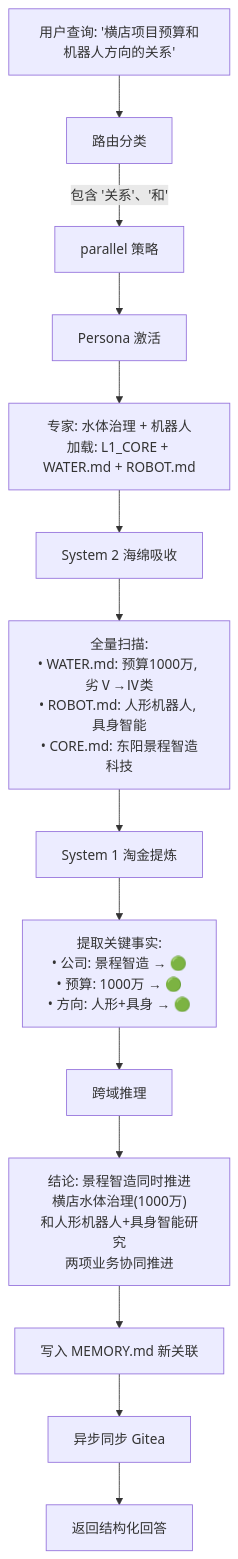
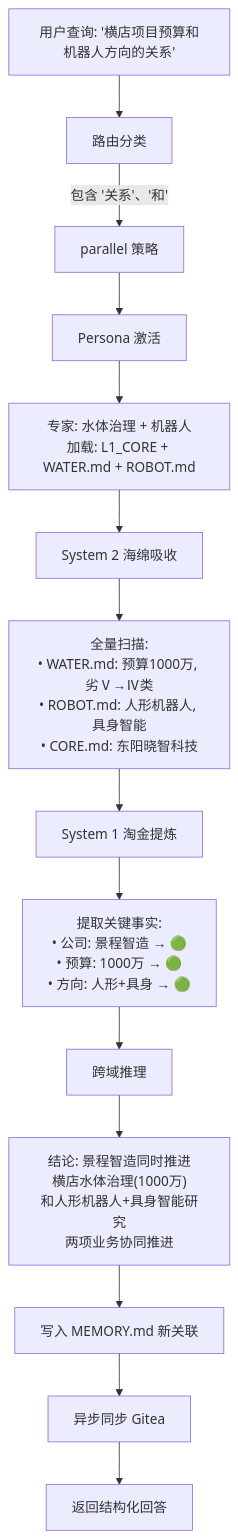
One commit to zjdyzww/multi-claw-subagents-memory-plugins changed diagram 14 of 30 in docs/系统设计文档_含Mermaid图表.md. Above: the diagram before and after it, drawn with Mermaid. The commit also changed 2 other files, not shown here.

Commit message:
[CONFIRMED][multi-claw][fact] rename: 东阳景程智造科技 → 东阳晓智科技
3 files updated: MEMORY.md, 系统设计文档, 学术论文
0 old references remaining

traceabilityId: rename-company

Author: Multi-Claw Memory System <multi-claw@memory.system>

````diff
--- a/docs/系统设计文档_含Mermaid图表.md
+++ b/docs/系统设计文档_含Mermaid图表.md
@@ -480,16 +480,16 @@
 ```mermaid
 flowchart TD
     A["用户查询: '横店项目预算和机器人方向的关系'"] --> B[路由分类]
     B -->|"包含 '关系'、'和'"| C[parallel 策略]
     C --> D[Persona 激活]
     D --> E["专家: 水体治理 + 机器人<br/>加载: L1_CORE + WATER.md + ROBOT.md"]
     E --> F[System 2 海绵吸收]
-    F --> G["全量扫描:<br/>• WATER.md: 预算1000万, 劣Ⅴ→Ⅳ类<br/>• ROBOT.md: 人形机器人, 具身智能<br/>• CORE.md: 东阳景程智造科技"]
+    F --> G["全量扫描:<br/>• WATER.md: 预算1000万, 劣Ⅴ→Ⅳ类<br/>• ROBOT.md: 人形机器人, 具身智能<br/>• CORE.md: 东阳晓智科技"]
     G --> H[System 1 淘金提炼]
     H --> I["提取关键事实:<br/>• 公司: 景程智造 → 🟢<br/>• 预算: 1000万 → 🟢<br/>• 方向: 人形+具身 → 🟢"]
     I --> J[跨域推理]
     J --> K["结论: 景程智造同时推进<br/>横店水体治理(1000万)<br/>和人形机器人+具身智能研究<br/>两项业务协同推进"]
     K --> L[写入 MEMORY.md 新关联]
     L --> M[异步同步 Gitea]
     M --> N[返回结构化回答]
 ```
````
